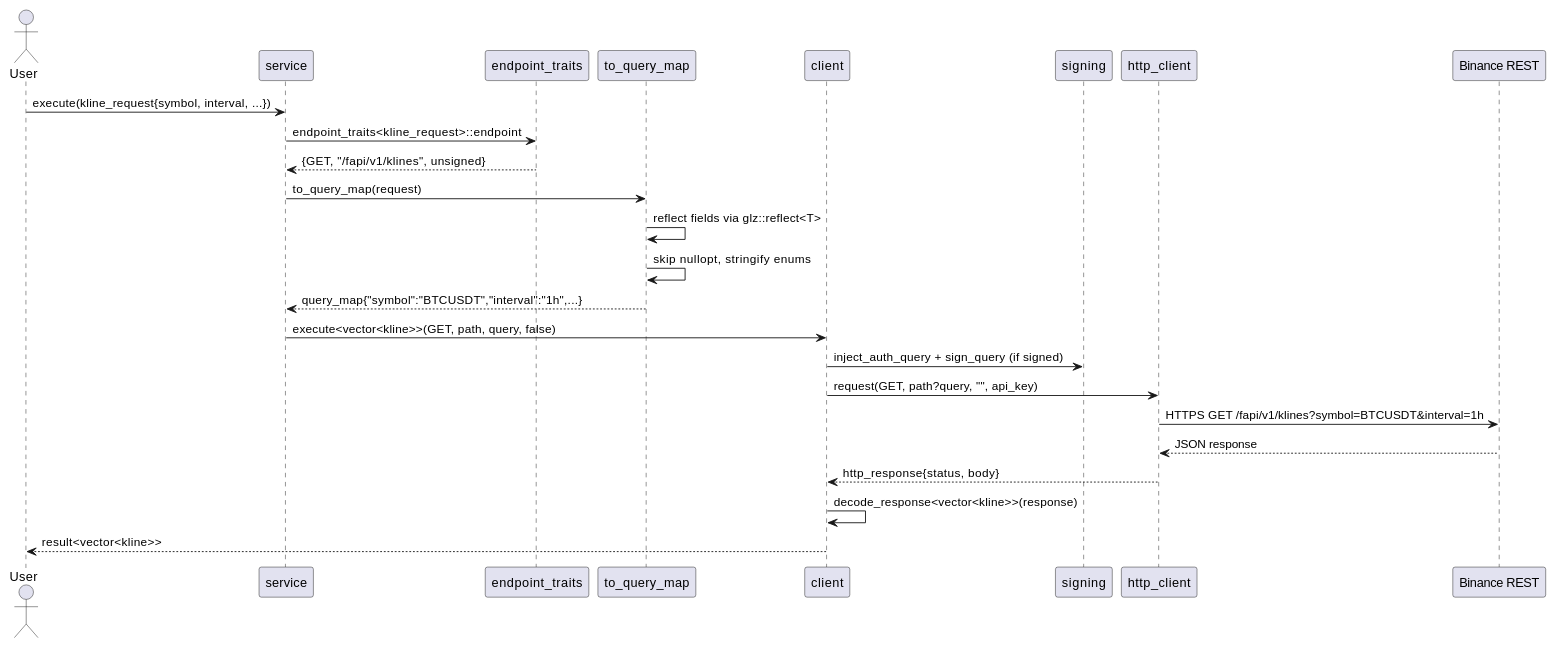
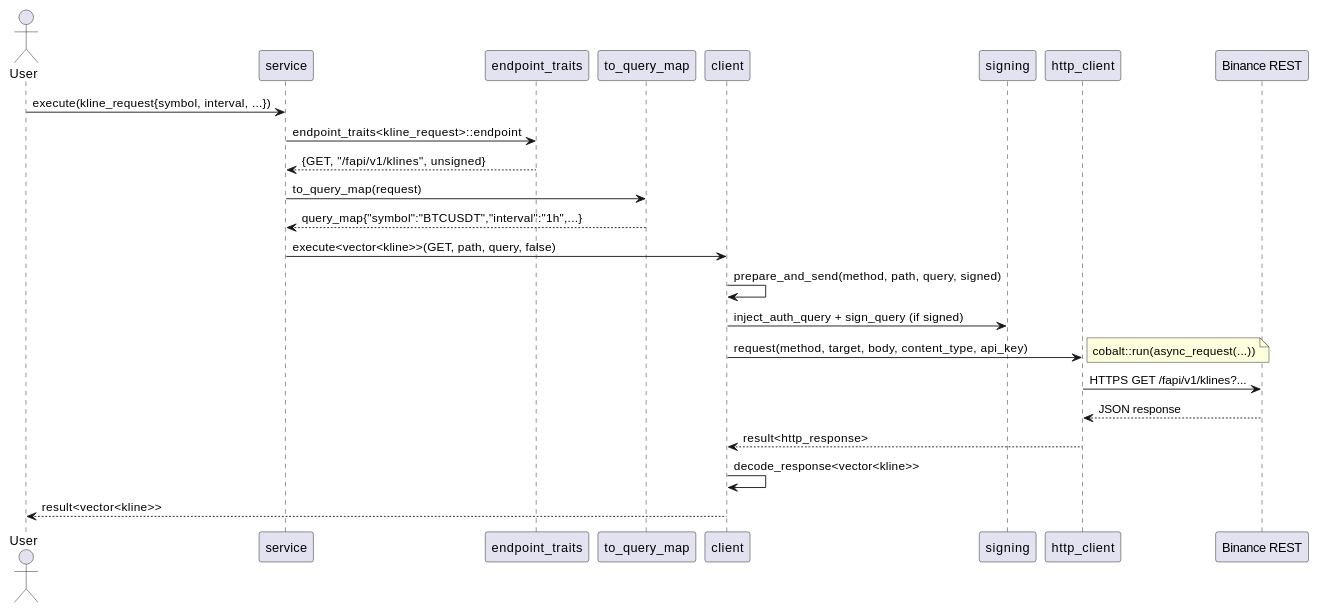
Before and after one commit to agutikov/binapi: the fifth of 10 diagrams in docs/DESIGN.md, drawn with PlantUML. The commit also changed other lines of this file and 21 other files, not shown here.

````diff
--- a/docs/DESIGN.md
+++ b/docs/DESIGN.md
@@ -221,28 +268,28 @@
 ```plantuml
 @startuml
 actor User
 participant "service" as SVC
 participant "endpoint_traits" as ET
 participant "to_query_map" as QM
 participant "client" as C
 participant "signing" as S
 participant "http_client" as H
 participant "Binance REST" as B
 
 User -> SVC: execute(kline_request{symbol, interval, ...})
 SVC -> ET: endpoint_traits<kline_request>::endpoint
 ET --> SVC: {GET, "/fapi/v1/klines", unsigned}
 SVC -> QM: to_query_map(request)
-QM -> QM: reflect fields via glz::reflect<T>
-QM -> QM: skip nullopt, stringify enums
 QM --> SVC: query_map{"symbol":"BTCUSDT","interval":"1h",...}
 SVC -> C: execute<vector<kline>>(GET, path, query, false)
+C -> C: prepare_and_send(method, path, query, signed)
 C -> S: inject_auth_query + sign_query (if signed)
-C -> H: request(GET, path?query, "", api_key)
-H -> B: HTTPS GET /fapi/v1/klines?symbol=BTCUSDT&interval=1h
+C -> H: request(method, target, body, content_type, api_key)
+note right: cobalt::run(async_request(...))
+H -> B: HTTPS GET /fapi/v1/klines?...
 B --> H: JSON response
-H --> C: http_response{status, body}
-C -> C: decode_response<vector<kline>>(response)
+H --> C: result<http_response>
+C -> C: decode_response<vector<kline>>
 C --> User: result<vector<kline>>
 @enduml
 ```
````
